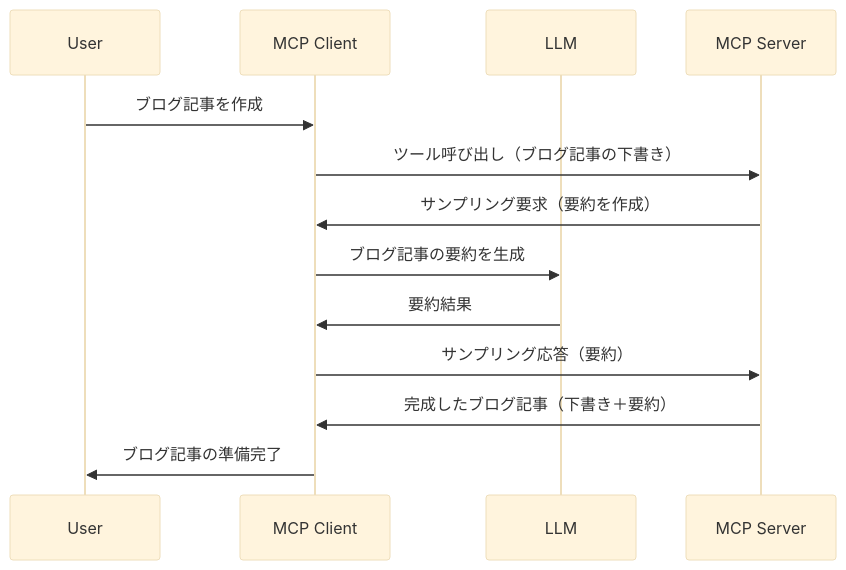
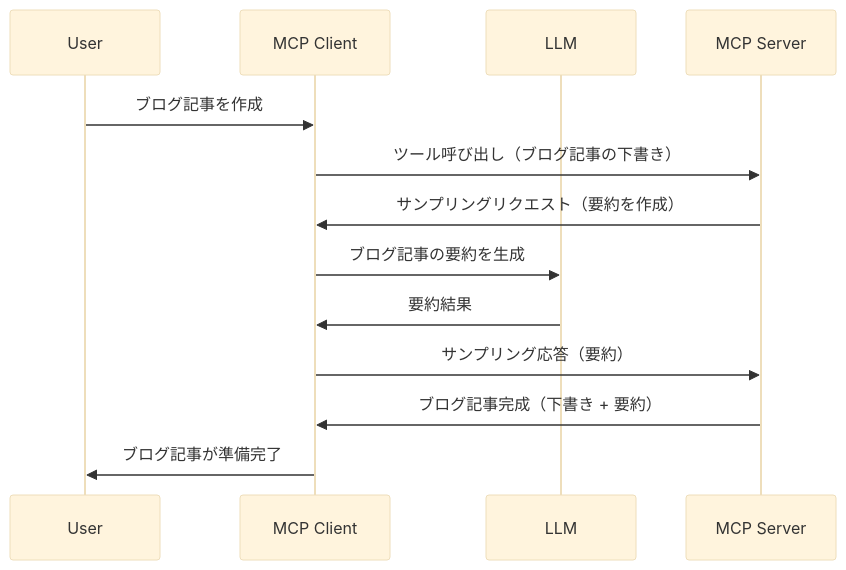
The diagram in mcp_ecosystem__model_context_protocol/mcp_learning_resources/mcp-for-beginners/translations/ja/03-GettingStarted/14-sampling/README.md (HIDORAKAI002/ai-workspace-archive), drawn with Mermaid (base theme) before and after one commit. The commit also changed other lines of this file and 1160 other files, not shown here.

````diff
--- a/mcp_ecosystem__model_context_protocol/mcp_learning_resources/mcp-for-beginners/translations/ja/03-GettingStarted/14-sampling/README.md
+++ b/mcp_ecosystem__model_context_protocol/mcp_learning_resources/mcp-for-beginners/translations/ja/03-GettingStarted/14-sampling/README.md
@@ -23,16 +23,16 @@
 ```mermaid
 sequenceDiagram
     participant User
     participant MCP Client
     participant LLM
     participant MCP Server
 
     User->>MCP Client: ブログ記事を作成
     MCP Client->>MCP Server: ツール呼び出し（ブログ記事の下書き）
-    MCP Server->>MCP Client: サンプリング要求（要約を作成）
+    MCP Server->>MCP Client: サンプリングリクエスト（要約を作成）
     MCP Client->>LLM: ブログ記事の要約を生成
     LLM->>MCP Client: 要約結果
     MCP Client->>MCP Server: サンプリング応答（要約）
-    MCP Server->>MCP Client: 完成したブログ記事（下書き＋要約）
-    MCP Client->>User: ブログ記事の準備完了
+    MCP Server->>MCP Client: ブログ記事完成（下書き + 要約）
+    MCP Client->>User: ブログ記事が準備完了
 ```
````
